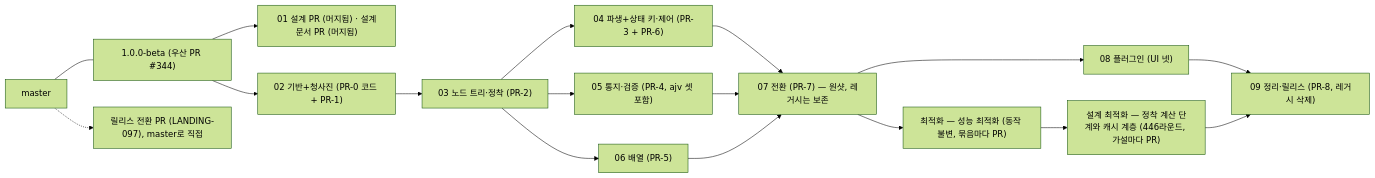
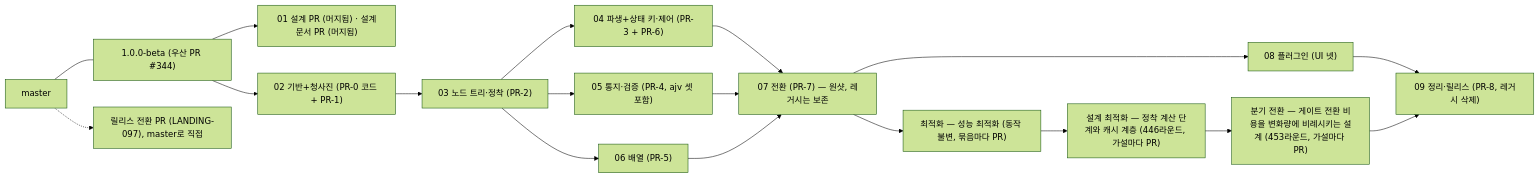
Before and after one commit to vincent-kk/albatrion: the diagram in packages/canard/schema-form/architecture/plan/README.md, drawn with Mermaid (forest theme). The commit also changed other lines of this file and 18 other files, not shown here.

````diff
--- a/packages/canard/schema-form/architecture/plan/README.md
+++ b/packages/canard/schema-form/architecture/plan/README.md
@@ -21,19 +21,20 @@
 ```mermaid
 flowchart LR
   M[master] --- U["1.0.0-beta (우산 PR #344)"]
   U --> D["01 설계 PR (머지됨) · 설계문서 PR (머지됨)"]
   U --> A["02 기반+청사진 (PR-0 코드 + PR-1)"]
   A --> C["03 노드 트리·정착 (PR-2)"]
   C --> E["04 파생+상태 키·제어 (PR-3 + PR-6)"]
   C --> F["05 통지·검증 (PR-4, ajv 셋 포함)"]
   C --> G["06 배열 (PR-5)"]
   E --> S["07 전환 (PR-7) — 원샷, 레거시는 보존"]
   F --> S
   G --> S
   S --> P["08 플러그인 (UI 넷)"]
   S --> O["최적화 — 성능 최적화 (동작 불변, 묶음마다 PR)"]
   P --> R["09 정리·릴리스 (PR-8, 레거시 삭제)"]
   O --> X["설계 최적화 — 정착 계산 단계와 캐시 계층 (446라운드, 가설마다 PR)"]
-  X --> R
+  X --> Y["분기 전환 — 게이트 전환 비용을 변화량에 비례시키는 설계 (453라운드, 가설마다 PR)"]
+  Y --> R
   M -.-> T["릴리스 전환 PR (LANDING-097), master로 직접"]
 ```
````
